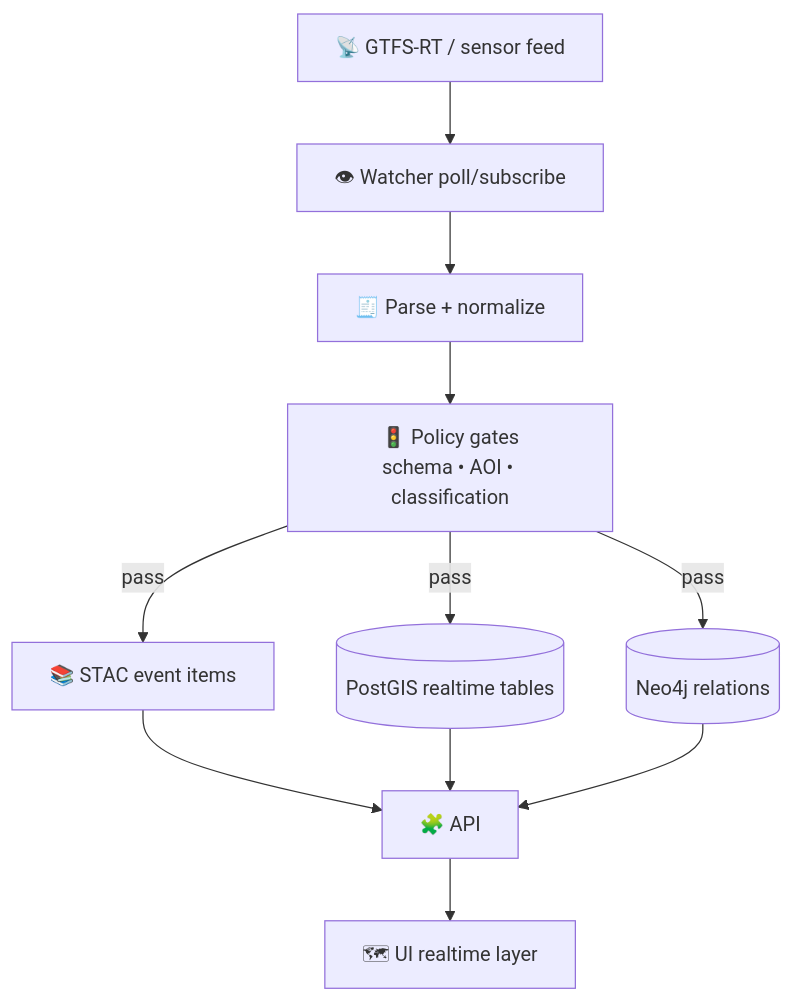
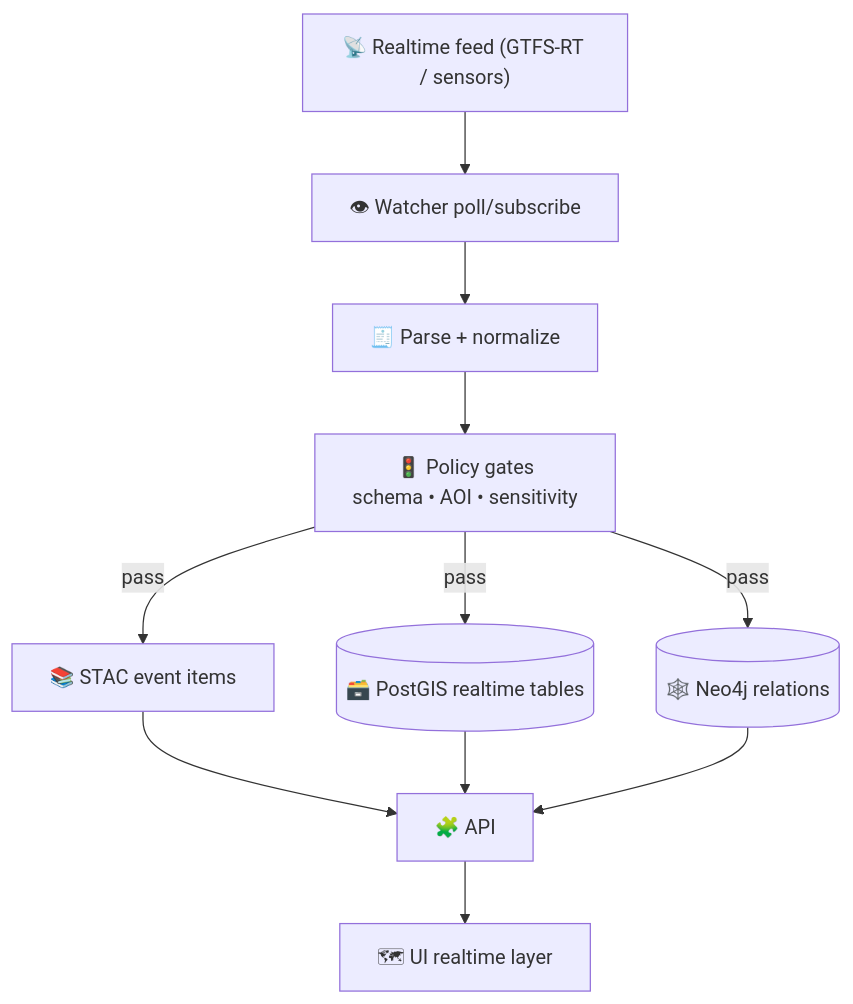
Before and after one commit to bartytime4life/Kansas-Frontier-Matrix: diagram 11 of 13 in docs/architecture/diagrams/README.md, drawn with Mermaid. The commit also changed other lines of this file, not shown here.

````diff
--- a/docs/architecture/diagrams/README.md
+++ b/docs/architecture/diagrams/README.md
@@ -469,13 +619,13 @@
 ```mermaid
 flowchart TD
-  FEED[📡 GTFS‑RT / sensor feed] --> WATCH[👁 Watcher poll/subscribe]
-  WATCH --> PARSE[🧾 Parse + normalize]
-  PARSE --> GATE[🚦 Policy gates<br/>schema • AOI • classification]
-  GATE -->|pass| STAC[📚 STAC event items]
-  GATE -->|pass| PG[(PostGIS realtime tables)]
-  GATE -->|pass| N4J[(Neo4j relations)]
-  STAC --> API[🧩 API]
+  FEED["📡 Realtime feed (GTFS-RT / sensors)"] --> WATCH["👁 Watcher poll/subscribe"]
+  WATCH --> PARSE["🧾 Parse + normalize"]
+  PARSE --> GATE["🚦 Policy gates<br/>schema • AOI • sensitivity"]
+  GATE -->|pass| STAC["📚 STAC event items"]
+  GATE -->|pass| PG[(🗃️ PostGIS realtime tables)]
+  GATE -->|pass| N4J[(🕸️ Neo4j relations)]
+  STAC --> API["🧩 API"]
   PG --> API
   N4J --> API
-  API --> UI[🗺 UI realtime layer]
+  API --> UI["🗺 UI realtime layer"]
 ```
````
